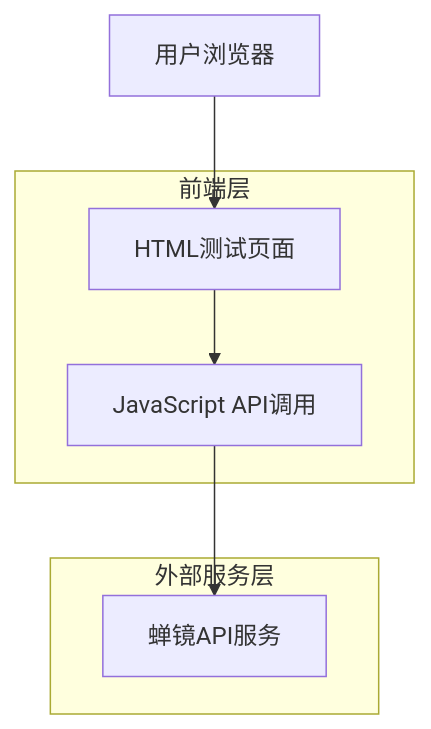
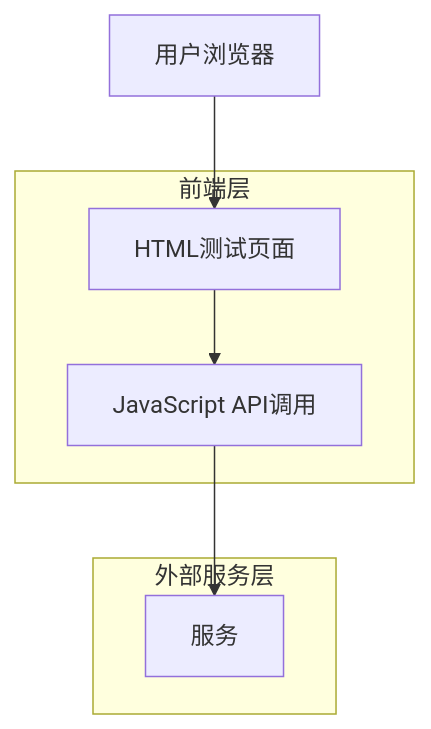
One commit to todayview/chanjing-tts-demo changed the diagram in 技术架构文档.md. Above: the diagram before and after it, drawn with Mermaid. The commit also changed other lines of this file and 3 other files, not shown here.

````diff
--- a/技术架构文档.md
+++ b/技术架构文档.md
@@ -5,15 +5,15 @@
 ```mermaid
 graph TD
     A[用户浏览器] --> B[HTML测试页面]
     B --> C[JavaScript API调用]
-    C --> D[蝉镜API服务]
+    C --> D[ 服务]
     
     subgraph "前端层"
         B
         C
     end
     
     subgraph "外部服务层"
         D
     end
 ```
````
